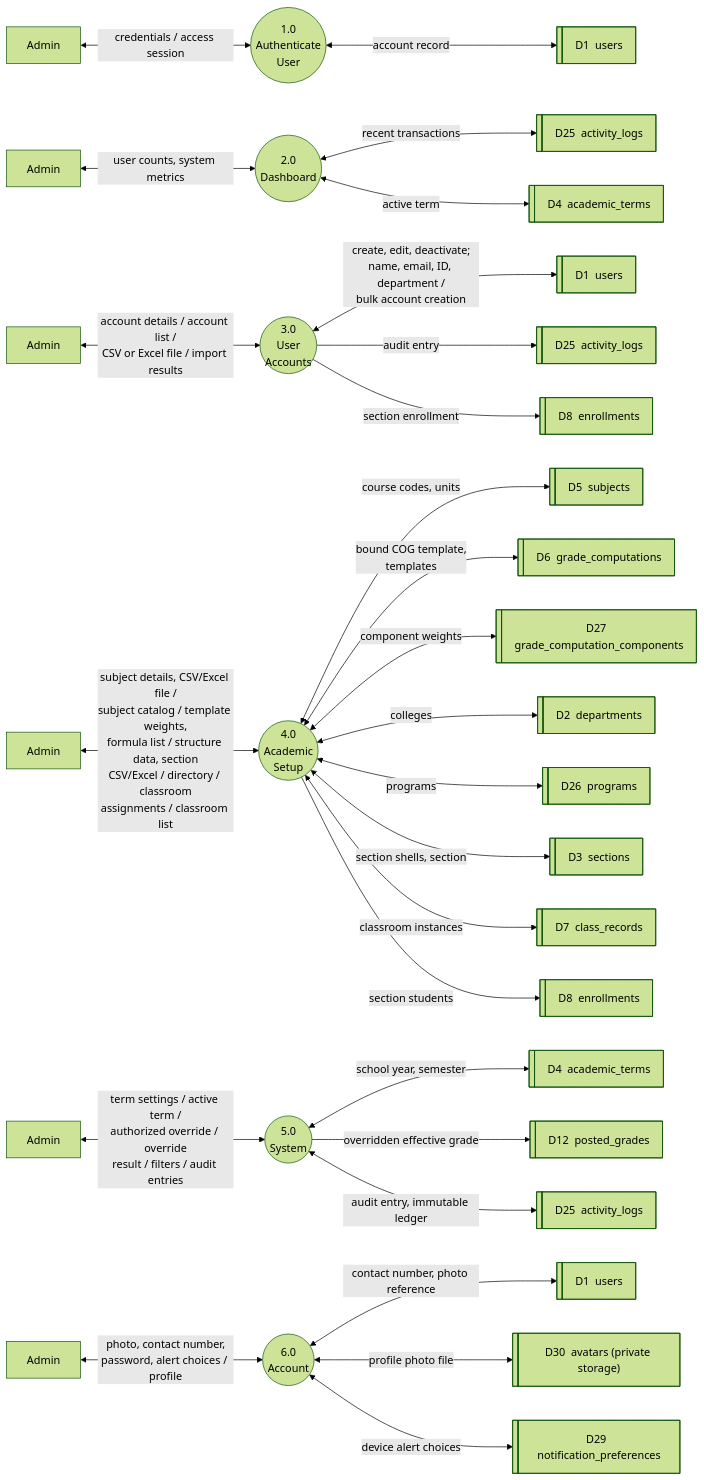
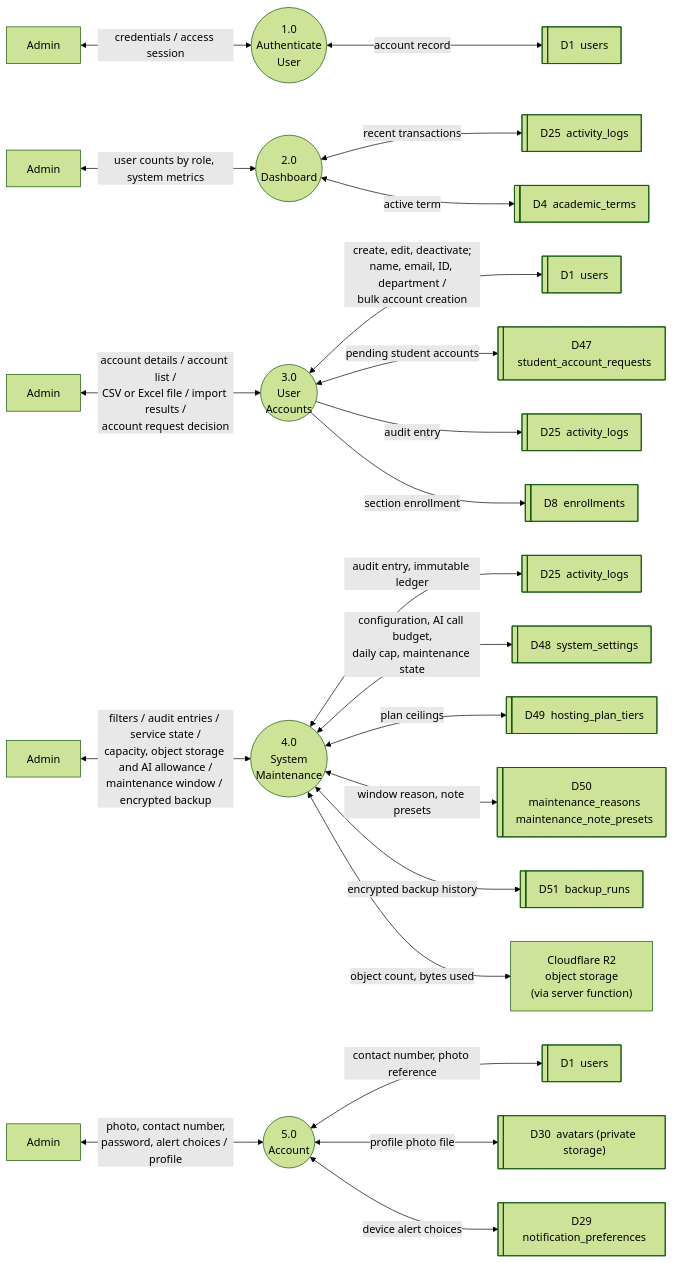
The diagram in docs/02-thesis/figures/Figure-2.11-DFD-Admin.mmd (kurarensu16/sage), drawn with Mermaid (forest theme) before and after one commit. The commit also changed 268 other files, not shown here.

```diff
--- a/docs/02-thesis/figures/Figure-2.11-DFD-Admin.mmd
+++ b/docs/02-thesis/figures/Figure-2.11-DFD-Admin.mmd
@@ -1,47 +1,44 @@
 flowchart LR
-%% ===== Figure 2.11 — Level 1 DFD: Admin Portal (consolidated to module-level processes, 2026-10-14) =====
-%% Each process now corresponds 1:1 with a module in Figure 2.12 (VTOC) and the Scope and Delimitation.
-%% Manage Users / Import Users merge into 3.0 User Accounts. Maintain Subjects / Manage Grading
-%% Formulas / Manage Academic Structure / Provision Classrooms merge into 4.0 Academic Setup.
-%% Configure Term Settings / Apply Grade Override / View Activity Logs merge into 5.0 System.
-%% Single-column layout (6 processes fit without a column split; see compose_columns.py for the
-%% two-column pattern still used by Figure 2.9).
+%% ===== Figure 2.11 — Level 1 DFD: Admin Portal (updated 2026-10-30) =====
+%% Each process corresponds 1:1 with a module in Figure 2.12 (VTOC) and the Scope and Delimitation.
+%% Changes against the 2026-10-14 version:
+%%   - 4.0 Academic Setup REMOVED. Subjects, grading templates, sections, colleges and programs,
+%%     academic terms and grade override all moved to the Registrar Portal in the role split, and
+%%     Classroom Provisioning was retired in favour of Faculty Loading and Provisioning.
+%%   - Grade override removed from the System process for the same reason.
+%%   + 4.0 System Maintenance now covers what the Admin portal actually holds: audit logs, service
+%%     health, storage and AI allowance metering, maintenance windows, and encrypted backups.
+%%   + Student account requests added to User Accounts.
+%% Admin is now accounts and system maintenance only.
 %% Layout: External entity (left) -> Process (middle) -> Data stores (right)
 
   %% ---------- 1.0 ----------
   E1["Admin"] <-- "credentials / access session" --> P1(("1.0<br/>Authenticate<br/>User"))
   P1 <-- "account record" --> D1@{ shape: lin-rect, label: "D1&nbsp; users" }
 
   %% ---------- 2.0 ----------
-  E2["Admin"] <-- "user counts, system metrics" --> P2(("2.0<br/>Dashboard"))
+  E2["Admin"] <-- "user counts by role, system metrics" --> P2(("2.0<br/>Dashboard"))
   P2 <-- "recent transactions" --> D25b@{ shape: lin-rect, label: "D25&nbsp; activity_logs" }
   P2 <-- "active term" --> D4b@{ shape: lin-rect, label: "D4&nbsp; academic_terms" }
 
   %% ---------- 3.0 ----------
-  E3["Admin"] <-- "account details / account list /<br/>CSV or Excel file / import results" --> P3(("3.0<br/>User<br/>Accounts"))
+  E3["Admin"] <-- "account details / account list /<br/>CSV or Excel file / import results /<br/>account request decision" --> P3(("3.0<br/>User<br/>Accounts"))
   P3 <-- "create, edit, deactivate;<br/>name, email, ID, department /<br/>bulk account creation" --> D1c@{ shape: lin-rect, label: "D1&nbsp; users" }
+  P3 <-- "pending student accounts" --> D47c@{ shape: lin-rect, label: "D47&nbsp; student_account_requests" }
   P3 -- "audit entry" --> D25c@{ shape: lin-rect, label: "D25&nbsp; activity_logs" }
   P3 -- "section enrollment" --> D8c@{ shape: lin-rect, label: "D8&nbsp; enrollments" }
 
   %% ---------- 4.0 ----------
-  E4["Admin"] <-- "subject details, CSV/Excel file /<br/>subject catalog / template weights,<br/>formula list / structure data, section<br/>CSV/Excel / directory / classroom<br/>assignments / classroom list" --> P4(("4.0<br/>Academic<br/>Setup"))
-  P4 <-- "course codes, units" --> D5d@{ shape: lin-rect, label: "D5&nbsp; subjects" }
-  P4 <-- "bound COG template,<br/>templates" --> D6d@{ shape: lin-rect, label: "D6&nbsp; grade_computations" }
-  P4 <-- "component weights" --> D27d@{ shape: lin-rect, label: "D27&nbsp; grade_computation_components" }
-  P4 <-- "colleges" --> D2d@{ shape: lin-rect, label: "D2&nbsp; departments" }
-  P4 <-- "programs" --> D26d@{ shape: lin-rect, label: "D26&nbsp; programs" }
-  P4 <-- "section shells, section" --> D3d@{ shape: lin-rect, label: "D3&nbsp; sections" }
-  P4 <-- "classroom instances" --> D7d@{ shape: lin-rect, label: "D7&nbsp; class_records" }
-  P4 -- "section students" --> D8d@{ shape: lin-rect, label: "D8&nbsp; enrollments" }
+  E4["Admin"] <-- "filters / audit entries / service state /<br/>capacity, object storage and AI allowance /<br/>maintenance window / encrypted backup" --> P4(("4.0<br/>System<br/>Maintenance"))
+  P4 <-- "audit entry, immutable ledger" --> D25e@{ shape: lin-rect, label: "D25&nbsp; activity_logs" }
+  P4 <-- "configuration, AI call budget,<br/>daily cap, maintenance state" --> D48e@{ shape: lin-rect, label: "D48&nbsp; system_settings" }
+  P4 <-- "plan ceilings" --> D49e@{ shape: lin-rect, label: "D49&nbsp; hosting_plan_tiers" }
+  P4 <-- "window reason, note presets" --> D50e@{ shape: lin-rect, label: "D50&nbsp; maintenance_reasons<br/>maintenance_note_presets" }
+  P4 <-- "encrypted backup history" --> D51e@{ shape: lin-rect, label: "D51&nbsp; backup_runs" }
+  P4 <-- "object count, bytes used" --> R2E["Cloudflare R2<br/>object storage<br/>(via server function)"]
 
   %% ---------- 5.0 ----------
-  E5["Admin"] <-- "term settings / active term /<br/>authorized override / override<br/>result / filters / audit entries" --> P5(("5.0<br/>System"))
-  P5 <-- "school year, semester" --> D4e@{ shape: lin-rect, label: "D4&nbsp; academic_terms" }
-  P5 -- "overridden effective grade" --> D12e@{ shape: lin-rect, label: "D12&nbsp; posted_grades" }
-  P5 <-- "audit entry, immutable ledger" --> D25e@{ shape: lin-rect, label: "D25&nbsp; activity_logs" }
-
-  %% ---------- 6.0 ----------
-  E6["Admin"] <-- "photo, contact number,<br/>password, alert choices / profile" --> P6(("6.0<br/>Account"))
-  P6 <-- "contact number, photo reference" --> D1f@{ shape: lin-rect, label: "D1&nbsp; users" }
-  P6 <-- "profile photo file" --> D30f@{ shape: lin-rect, label: "D30&nbsp; avatars (private storage)" }
-  P6 <-- "device alert choices" --> D29f@{ shape: lin-rect, label: "D29&nbsp; notification_preferences" }
+  E5["Admin"] <-- "photo, contact number,<br/>password, alert choices / profile" --> P5(("5.0<br/>Account"))
+  P5 <-- "contact number, photo reference" --> D1f@{ shape: lin-rect, label: "D1&nbsp; users" }
+  P5 <-- "profile photo file" --> D30f@{ shape: lin-rect, label: "D30&nbsp; avatars (private storage)" }
+  P5 <-- "device alert choices" --> D29f@{ shape: lin-rect, label: "D29&nbsp; notification_preferences" }
```
